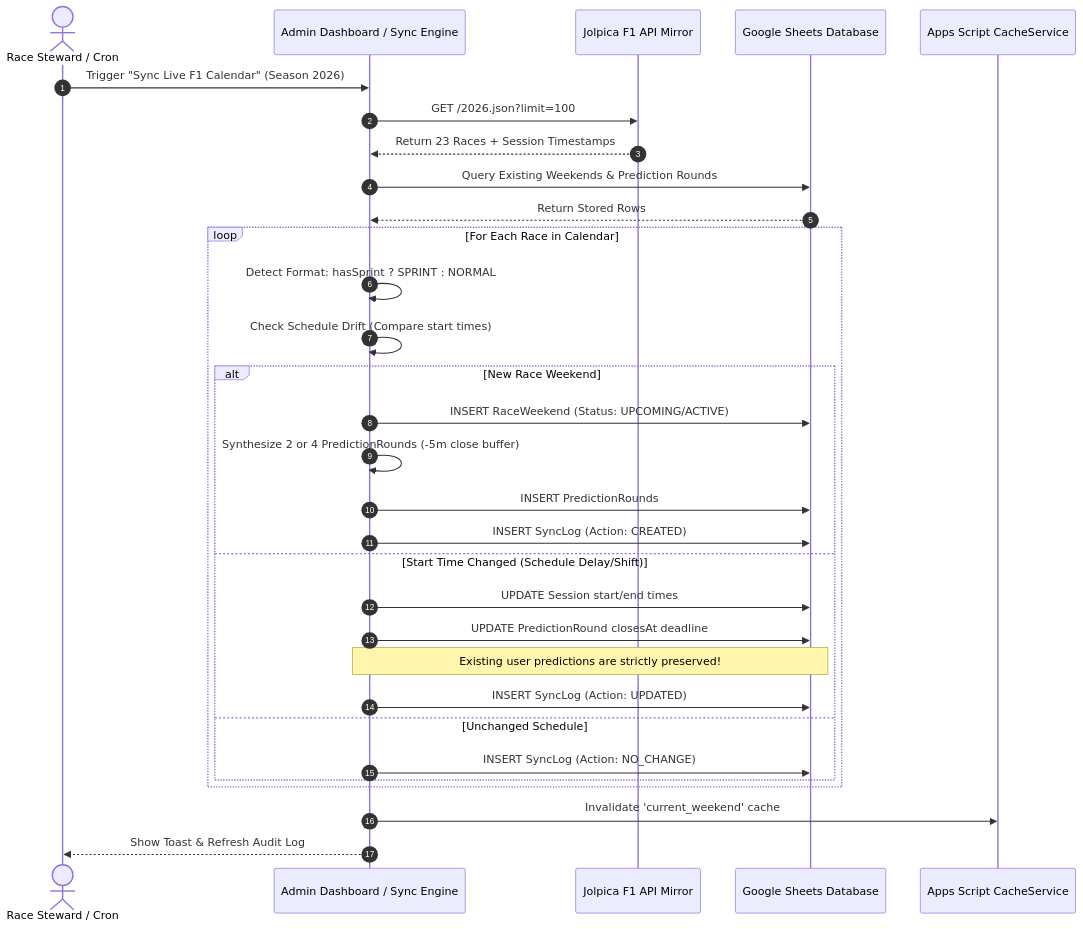
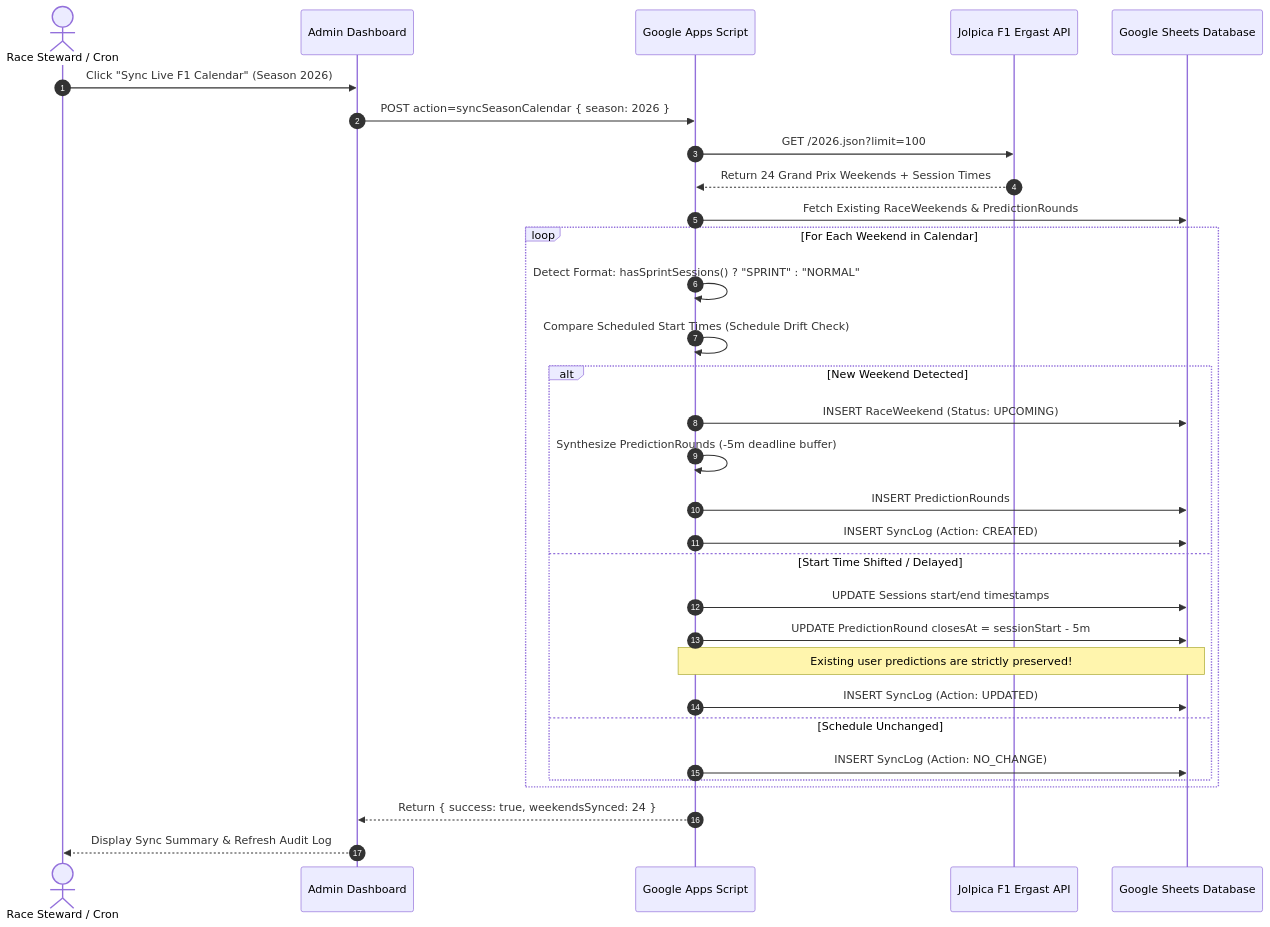
Before and after one commit to Hj1418/F1-Prediction-Wall: the eighth of 15 diagrams in docs/ARCHITECTURE.md, drawn with Mermaid. The commit also changed other lines of this file and 3 other files, not shown here.

Commit message:
docs: comprehensive master technical architecture, C1-C4 diagrams, and cloud topology update

````diff
--- a/docs/ARCHITECTURE.md
+++ b/docs/ARCHITECTURE.md
@@ -346,36 +854,36 @@
 ```mermaid
 sequenceDiagram
     autonumber
-    actor Admin as Race Steward / Cron
-    participant UI as Admin Dashboard / Sync Engine
-    participant API as Jolpica F1 API Mirror
+    actor Steward as Race Steward / Cron
+    participant Admin as Admin Dashboard
+    participant GAS as Google Apps Script
+    participant Jolpica as Jolpica F1 Ergast API
     participant DB as Google Sheets Database
-    participant Cache as Apps Script CacheService
 
-    Admin->>UI: Trigger "Sync Live F1 Calendar" (Season 2026)
-    UI->>API: GET /2026.json?limit=100
-    API-->>UI: Return 23 Races + Session Timestamps
-    UI->>DB: Query Existing Weekends & Prediction Rounds
-    DB-->>UI: Return Stored Rows
+    Steward->>Admin: Click "Sync Live F1 Calendar" (Season 2026)
+    Admin->>GAS: POST action=syncSeasonCalendar { season: 2026 }
+    GAS->>Jolpica: GET /2026.json?limit=100
+    Jolpica-->>GAS: Return 24 Grand Prix Weekends + Session Times
+    GAS->>DB: Fetch Existing RaceWeekends & PredictionRounds
 
-    loop For Each Race in Calendar
-        UI->>UI: Detect Format: hasSprint ? SPRINT : NORMAL
-        UI->>UI: Check Schedule Drift (Compare start times)
-        alt New Race Weekend
-            UI->>DB: INSERT RaceWeekend (Status: UPCOMING/ACTIVE)
-            UI->>UI: Synthesize 2 or 4 PredictionRounds (-5m close buffer)
-            UI->>DB: INSERT PredictionRounds
-            UI->>DB: INSERT SyncLog (Action: CREATED)
-        else Start Time Changed (Schedule Delay/Shift)
-            UI->>DB: UPDATE Session start/end times
-            UI->>DB: UPDATE PredictionRound closesAt deadline
-            Note over UI,DB: Existing user predictions are strictly preserved!
-            UI->>DB: INSERT SyncLog (Action: UPDATED)
-        else Unchanged Schedule
-            UI->>DB: INSERT SyncLog (Action: NO_CHANGE)
+    loop For Each Weekend in Calendar
+        GAS->>GAS: Detect Format: hasSprintSessions() ? "SPRINT" : "NORMAL"
+        GAS->>GAS: Compare Scheduled Start Times (Schedule Drift Check)
+        alt New Weekend Detected
+            GAS->>DB: INSERT RaceWeekend (Status: UPCOMING)
+            GAS->>GAS: Synthesize PredictionRounds (-5m deadline buffer)
+            GAS->>DB: INSERT PredictionRounds
+            GAS->>DB: INSERT SyncLog (Action: CREATED)
+        else Start Time Shifted / Delayed
+            GAS->>DB: UPDATE Sessions start/end timestamps
+            GAS->>DB: UPDATE PredictionRound closesAt = sessionStart - 5m
+            Note over GAS,DB: Existing user predictions are strictly preserved!
+            GAS->>DB: INSERT SyncLog (Action: UPDATED)
+        else Schedule Unchanged
+            GAS->>DB: INSERT SyncLog (Action: NO_CHANGE)
         end
     end
 
-    UI->>Cache: Invalidate 'current_weekend' cache
-    UI-->>Admin: Show Toast & Refresh Audit Log
+    GAS-->>Admin: Return { success: true, weekendsSynced: 24 }
+    Admin-->>Steward: Display Sync Summary & Refresh Audit Log
 ```
````
